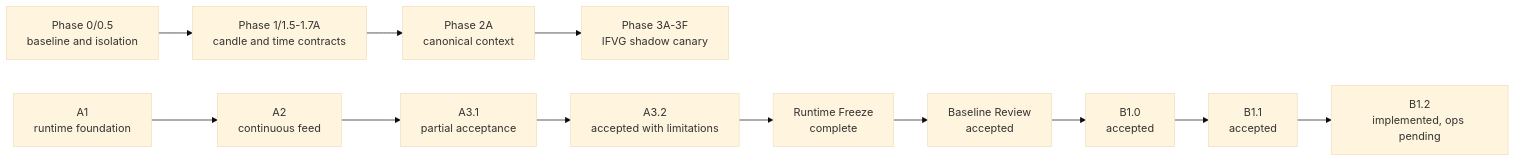
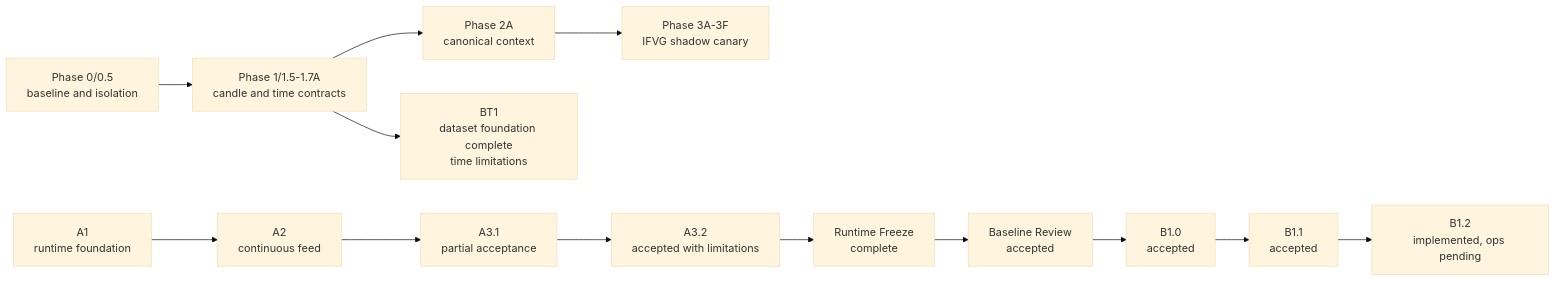
The first of 2 diagrams in docs/gotrader-runtime/architecture-roadmap.md (andreduval-png/gotrader-lab), drawn with Mermaid (base theme) before and after one commit. The commit also changed other lines of this file and 2 other files, not shown here.

Commit message:
Index accepted BT1 dataset foundation

````diff
--- a/docs/gotrader-runtime/architecture-roadmap.md
+++ b/docs/gotrader-runtime/architecture-roadmap.md
@@ -58,18 +68,20 @@
 ```mermaid
 flowchart LR
   P0["Phase 0/0.5<br/>baseline and isolation"]
   P1["Phase 1/1.5-1.7A<br/>candle and time contracts"]
   P2["Phase 2A<br/>canonical context"]
   P3["Phase 3A-3F<br/>IFVG shadow canary"]
   A1["A1<br/>runtime foundation"]
   A2["A2<br/>continuous feed"]
   A31["A3.1<br/>partial acceptance"]
   A32["A3.2<br/>accepted with limitations"]
   RF["Runtime Freeze<br/>complete"]
   BR["Baseline Review<br/>accepted"]
   B10["B1.0<br/>accepted"]
   B11["B1.1<br/>accepted"]
   B12["B1.2<br/>implemented, ops pending"]
+  BT1["BT1<br/>dataset foundation complete<br/>time limitations"]
   P0 --> P1 --> P2 --> P3
   A1 --> A2 --> A31 --> A32 --> RF --> BR --> B10 --> B11 --> B12
+  P1 --> BT1
 ```
````
